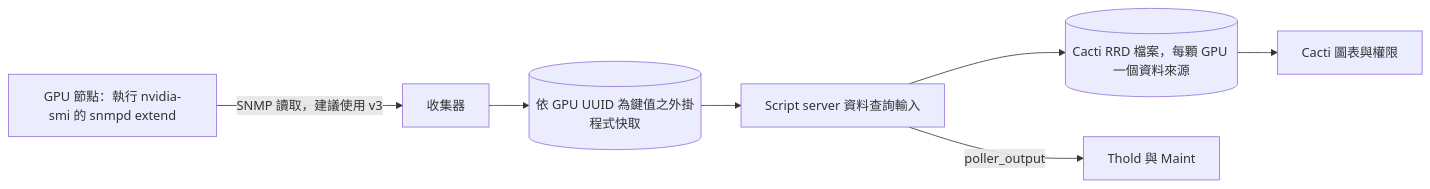
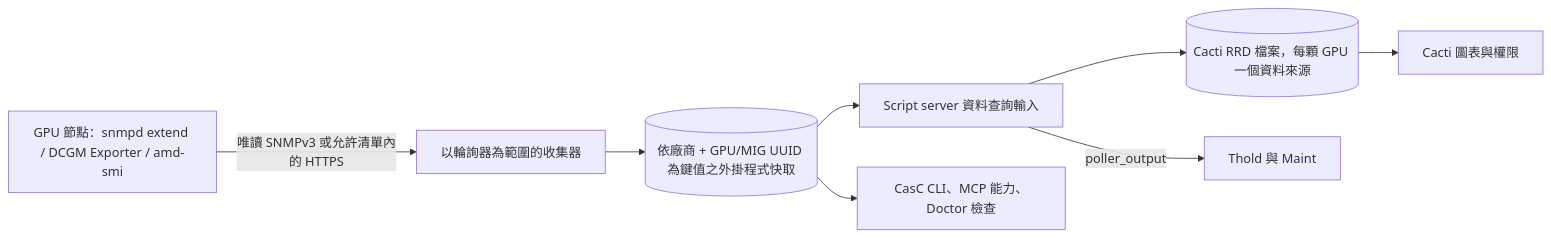
The diagram in docs/i18n/zh-TW/README.md (somethingwithproof/plugin_gpu), drawn with Mermaid before and after one commit. The commit also changed other lines of this file and 47 other files, not shown here.

````diff
--- a/docs/i18n/zh-TW/README.md
+++ b/docs/i18n/zh-TW/README.md
@@ -104,9 +104,10 @@
 ```mermaid
 flowchart LR
-    NODE["GPU 節點：執行 nvidia-smi 的 snmpd extend"] -->|SNMP 讀取，建議使用 v3| C[收集器]
-    C --> CACHE[("依 GPU UUID 為鍵值之外掛程式快取")]
-    CACHE --> SS[Script server 資料查詢輸入]
+    NODE["GPU 節點：snmpd extend / DCGM Exporter / amd-smi"] -->|"唯讀 SNMPv3 或允許清單內的 HTTPS"| C["以輪詢器為範圍的收集器"]
+    C --> CACHE[("依廠商 + GPU/MIG UUID 為鍵值之外掛程式快取")]
+    CACHE --> SS["Script server 資料查詢輸入"]
+    CACHE --> ECO["CasC CLI、MCP 能力、Doctor 檢查"]
     SS --> RRD[("Cacti RRD 檔案，每顆 GPU 一個資料來源")]
-    SS -->|poller_output| T[Thold 與 Maint]
-    RRD --> G[Cacti 圖表與權限]
+    SS -->|poller_output| T["Thold 與 Maint"]
+    RRD --> G["Cacti 圖表與權限"]
 ```
````
